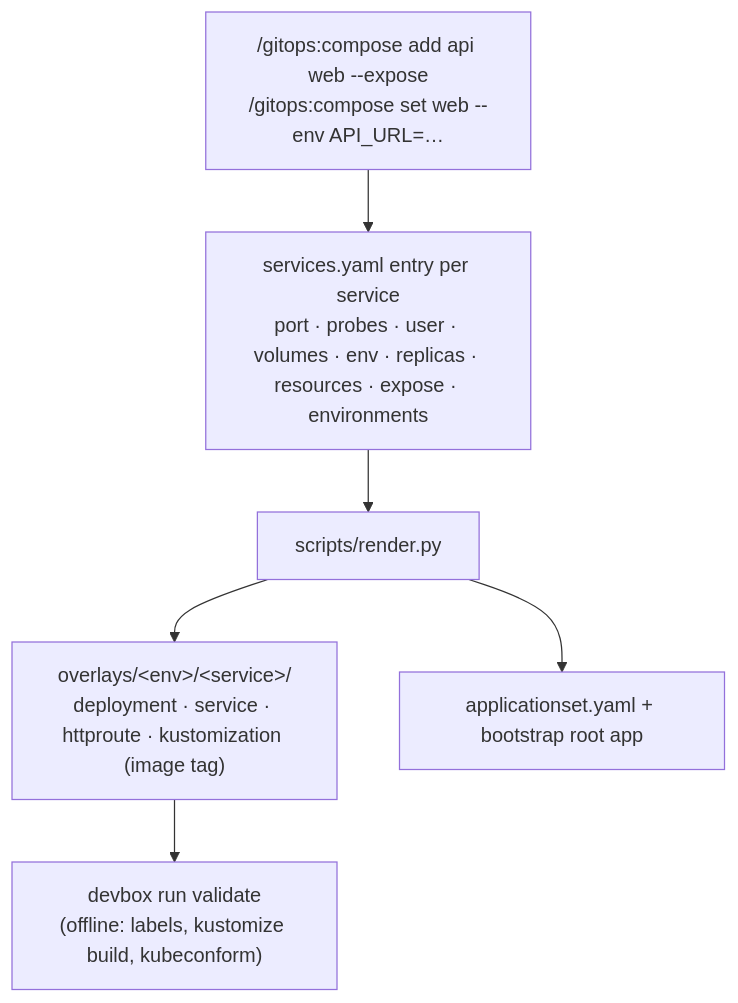
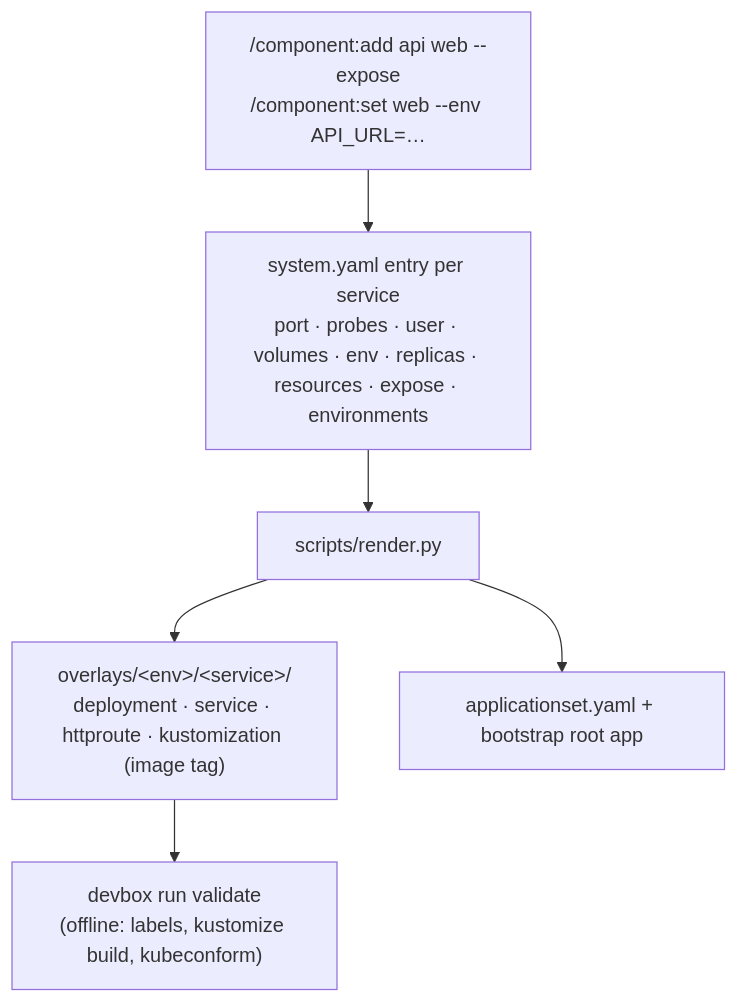
One commit to Aaqibhafeezkhan/sdlc-foundry changed the third of 4 diagrams in docs/HOW-IT-WORKS.md. Above: the diagram before and after it, drawn with Mermaid. The commit also changed other lines of this file and 383 other files, not shown here.

````diff
--- a/docs/HOW-IT-WORKS.md
+++ b/docs/HOW-IT-WORKS.md
@@ -82,8 +82,8 @@
 ```mermaid
 flowchart TD
-  CMD["/gitops:compose add api web --expose<br/>/gitops:compose set web --env API_URL=…"] --> E["services.yaml entry per service<br/>port · probes · user · volumes · env · replicas · resources · expose · environments"]
+  CMD["/component:add api web --expose<br/>/component:set web --env API_URL=…"] --> E["system.yaml entry per service<br/>port · probes · user · volumes · env · replicas · resources · expose · environments"]
   E --> R["scripts/render.py"]
   R --> M["overlays/&lt;env&gt;/&lt;service&gt;/<br/>deployment · service · httproute · kustomization (image tag)"]
   R --> AS["applicationset.yaml + bootstrap root app"]
   M --> V["devbox run validate<br/>(offline: labels, kustomize build, kubeconform)"]
 ```
````
